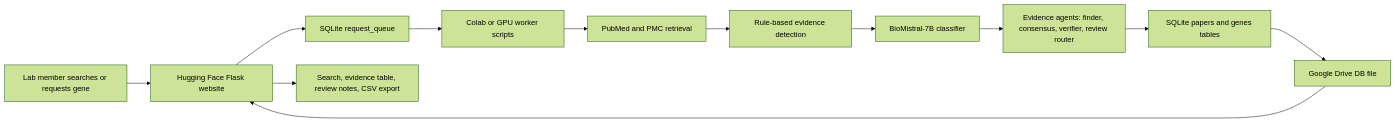
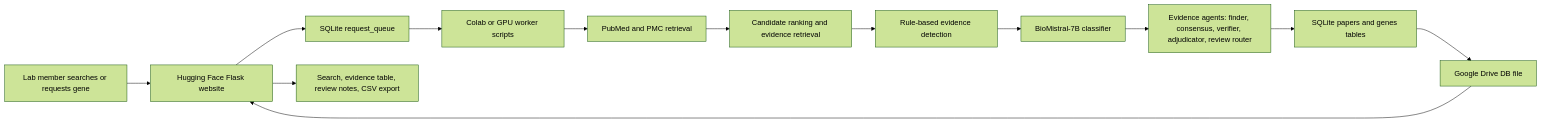
One commit to rf2960/pubmed-llm changed the first of 2 diagrams in README.md. Above: the diagram before and after it, drawn with Mermaid (forest theme). The commit also changed other lines of this file and 15 other files, not shown here.

````diff
--- a/README.md
+++ b/README.md
@@ -13,14 +13,15 @@
 ```mermaid
 flowchart LR
     A["Lab member searches or requests gene"] --> B["Hugging Face Flask website"]
     B --> C["SQLite request_queue"]
     C --> D["Colab or GPU worker scripts"]
     D --> E["PubMed and PMC retrieval"]
-    E --> F["Rule-based evidence detection"]
-    F --> G["BioMistral-7B classifier"]
-    G --> H["Evidence agents: finder, consensus, verifier, review router"]
+    E --> F["Candidate ranking and evidence retrieval"]
+    F --> L["Rule-based evidence detection"]
+    L --> G["BioMistral-7B classifier"]
+    G --> H["Evidence agents: finder, consensus, verifier, adjudicator, review router"]
     H --> I["SQLite papers and genes tables"]
     I --> J["Google Drive DB file"]
     J --> B
     B --> K["Search, evidence table, review notes, CSV export"]
 ```
````
